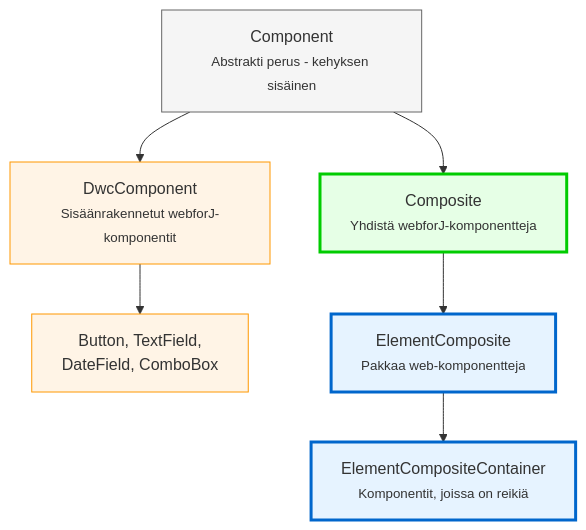
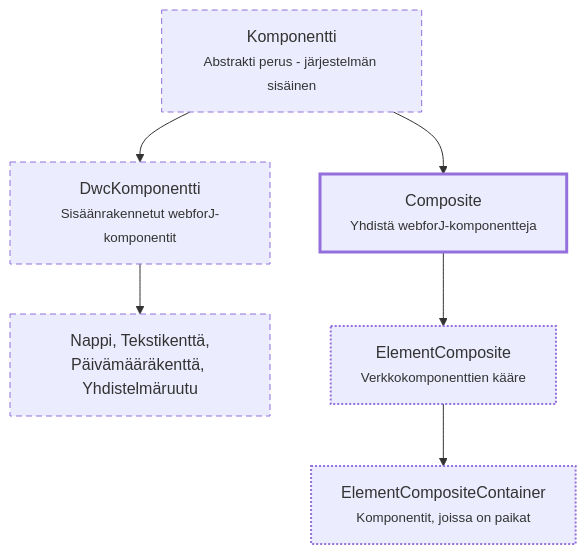
The diagram in docs/i18n/fi/docusaurus-plugin-content-docs/current/building-ui/component-fundamentals.md (webforj/webforj-documentation), drawn with Mermaid before and after one commit. The commit also changed other lines of this file and 11 other files, not shown here.

````diff
--- a/docs/i18n/fi/docusaurus-plugin-content-docs/current/building-ui/component-fundamentals.md
+++ b/docs/i18n/fi/docusaurus-plugin-content-docs/current/building-ui/component-fundamentals.md
@@ -52,22 +52,19 @@
 ```mermaid
 graph TD
-  A[Component<br/><small>Abstrakti perus - kehyksen sisäinen</small>]
+  A[Komponentti<br/><small>Abstrakti perus - järjestelmän sisäinen</small>]
   
-  A --> B[DwcComponent<br/><small>Sisäänrakennetut webforJ-komponentit</small>]
+  A --> B[DwcKomponentti<br/><small>Sisäänrakennetut webforJ-komponentit</small>]
   A --> C[Composite<br/><small>Yhdistä webforJ-komponentteja</small>]
   
-  B --> E[Button, TextField,<br/>DateField, ComboBox]
+  B --> E[Nappi, Tekstikenttä,<br/>Päivämääräkenttä, Yhdistelmäruutu]
   
-  C --> D[ElementComposite<br/><small>Pakkaa web-komponentteja</small>]
-  D --> F[ElementCompositeContainer<br/><small>Komponentit, joissa on reikiä</small>]
-  
-  style A fill:#f5f5f5,stroke:#666
-  style B fill:#fff4e6,stroke:#ff9800
-  style C fill:#e6ffe6,stroke:#00cc00
-  style D fill:#e6f3ff,stroke:#0066cc
-  style E fill:#fff4e6,stroke:#ff9800
-  style F fill:#e6f3ff,stroke:#0066cc
-  
-  classDef userClass stroke-width:3px
-  class C,D,F userClass
+  C --> D[ElementComposite<br/><small>Verkkokomponenttien kääre</small>]
+  D --> F[ElementCompositeContainer<br/><small>Komponentit, joissa on paikat</small>]
+
+  classDef internal stroke-dasharray:6 4,stroke-width:1px
+  classDef primary stroke-width:3px
+  classDef secondary stroke-width:2px,stroke-dasharray:2 2
+  class A,B,E internal
+  class C primary
+  class D,F secondary
 ```
````
